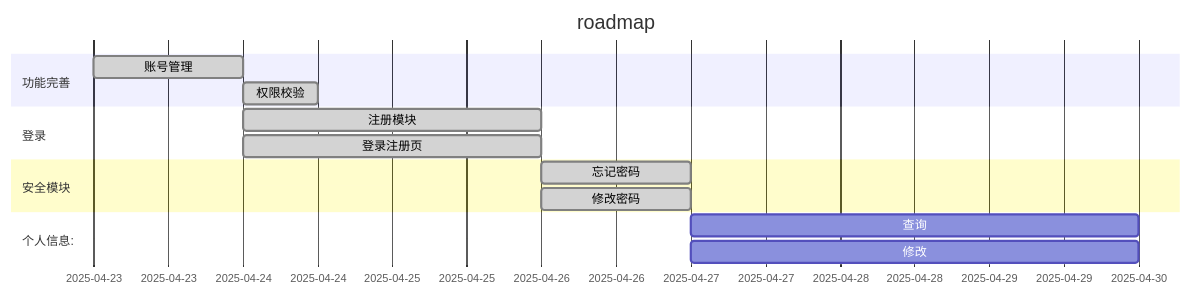
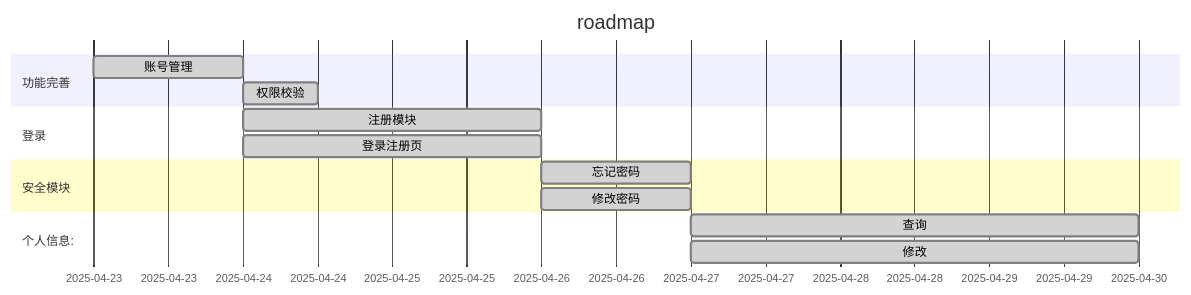
Before and after one commit to TeamVastsea/vastsea-sso-frontend: the diagram in README.md, drawn with Mermaid.

Commit message:
doc: update roadmap

````diff
--- a/README.md
+++ b/README.md
@@ -43,17 +43,17 @@
 ```mermaid
 gantt
     title roadmap
     dateFormat YYYY-MM-DD
     section 功能完善
       账号管理 : done, base, 2025-04-23, 1d
       权限校验 : done, after base, 12h
     section 登录
       注册模块   : done , a2, 2025-04-24,2025-04-26
       登录注册页 : done ,after a2, 2025-04-24,2025-04-26
     section 安全模块
       忘记密码 : done, secPwdForget,after a2, 1d
       修改密码 : done, secPwdUpdate,after a2, 1d
     section 个人信息:
-      查询 : profileQuery, after secPwdUpdate, 3d
-      修改 : profileUpdate,after secPwdUpdate, 3d
+      查询 : done, profileQuery, after secPwdUpdate, 3d
+      修改 : done, profileUpdate,after secPwdUpdate, 3d
 ```
````
